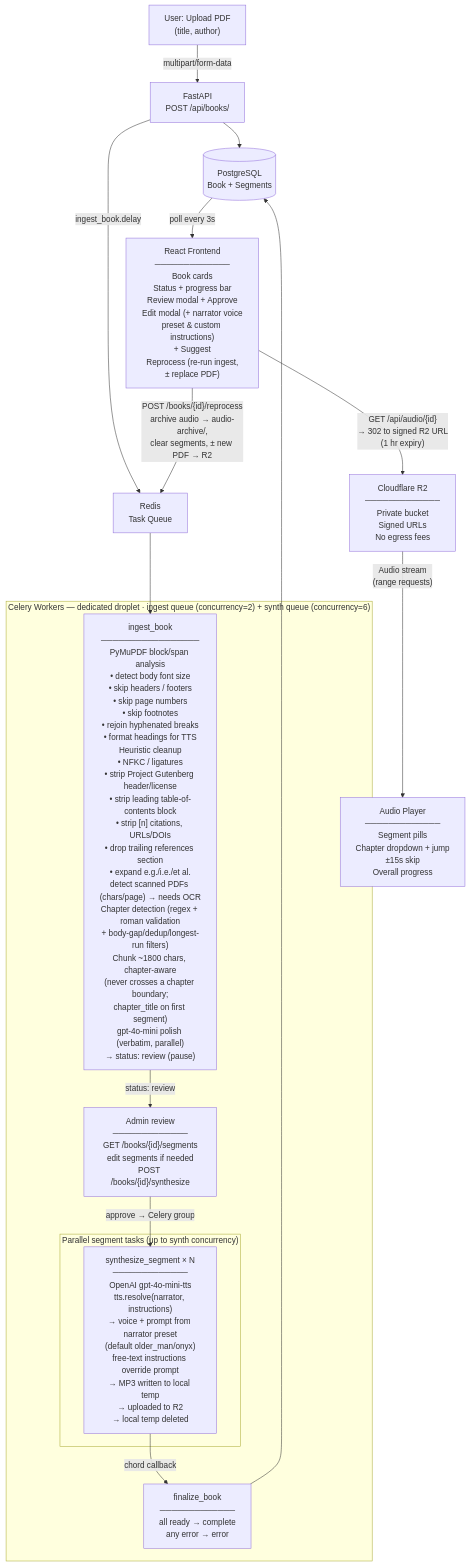
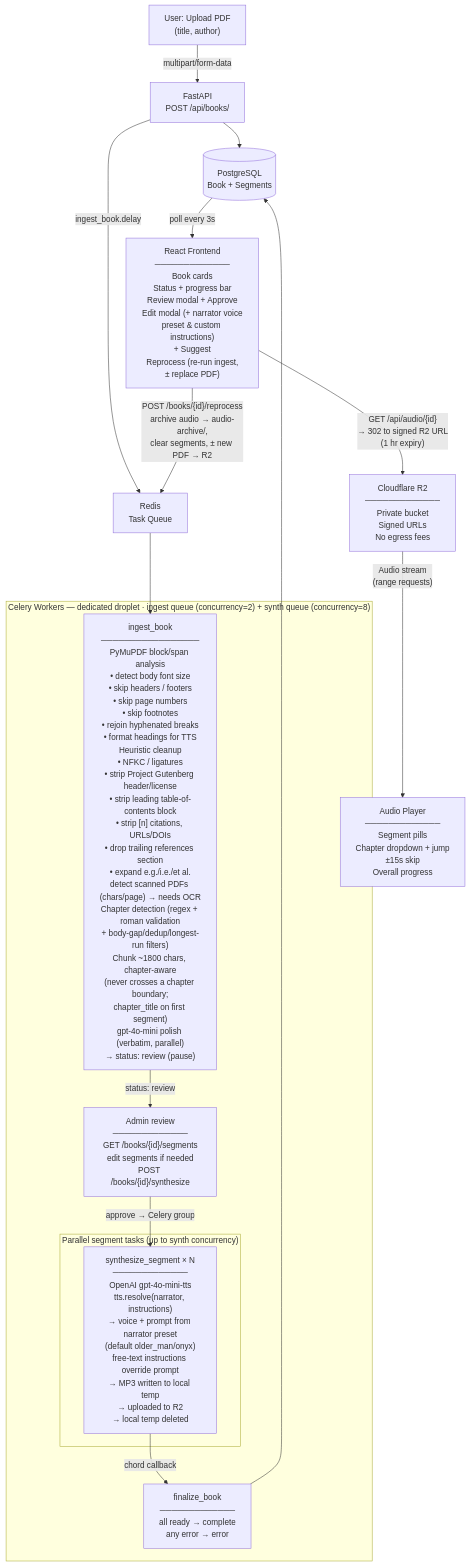
The diagram in PIPELINE.md (antispiraldev/AudioBookLib), drawn with Mermaid before and after one commit. The commit also changed 3 other files, not shown here.

First line of the commit message:
perf: raise synth concurrency 6->8 for approval backlog

````diff
--- a/PIPELINE.md
+++ b/PIPELINE.md
@@ -3,37 +3,37 @@
 ```mermaid
 flowchart TD
     Upload["User: Upload PDF\n(title, author)"]
     API["FastAPI\nPOST /api/books/"]
     DB[("PostgreSQL\nBook + Segments")]
     Queue["Redis\nTask Queue"]
 
     Upload -->|multipart/form-data| API
     API --> DB
     API -->|ingest_book.delay| Queue
 
     Queue --> Ingest
 
-    subgraph Worker ["Celery Workers — dedicated droplet · ingest queue (concurrency=2) + synth queue (concurrency=6)"]
+    subgraph Worker ["Celery Workers — dedicated droplet · ingest queue (concurrency=2) + synth queue (concurrency=8)"]
         Ingest["ingest_book\n─────────────────\nPyMuPDF block/span analysis\n• detect body font size\n• skip headers / footers\n• skip page numbers\n• skip footnotes\n• rejoin hyphenated breaks\n• format headings for TTS\nHeuristic cleanup\n• NFKC / ligatures\n• strip Project Gutenberg header/license\n• strip leading table-of-contents block\n• strip [n] citations, URLs/DOIs\n• drop trailing references section\n• expand e.g./i.e./et al.\ndetect scanned PDFs (chars/page) → needs OCR\nChapter detection (regex + roman validation\n+ body-gap/dedup/longest-run filters)\nChunk ~1800 chars, chapter-aware\n(never crosses a chapter boundary;\nchapter_title on first segment)\ngpt-4o-mini polish (verbatim, parallel)\n→ status: review (pause)"]
 
         Review["Admin review\n─────────────\nGET /books/{id}/segments\nedit segments if needed\nPOST /books/{id}/synthesize"]
         Ingest -->|"status: review"| Review
         Review -->|"approve → Celery group"| Synth
 
         subgraph Parallel ["Parallel segment tasks (up to synth concurrency)"]
             Synth["synthesize_segment × N\n─────────────\nOpenAI gpt-4o-mini-tts\ntts.resolve(narrator, instructions)\n→ voice + prompt from narrator preset\n(default older_man/onyx)\nfree-text instructions override prompt\n→ MP3 written to local temp\n→ uploaded to R2\n→ local temp deleted"]
         end
 
         Synth -->|"chord callback"| Finalize
         Finalize["finalize_book\n─────────────\nall ready → complete\nany error  → error"]
     end
 
     Finalize --> DB
 
     DB -->|"poll every 3s"| Frontend
     Frontend["React Frontend\n─────────────\nBook cards\nStatus + progress bar\nReview modal + Approve\nEdit modal (+ narrator voice\npreset & custom instructions)\n+ Suggest\nReprocess (re-run ingest,\n± replace PDF)"]
     Frontend -->|"POST /books/{id}/reprocess\narchive audio → audio-archive/,\nclear segments, ± new PDF → R2"| Queue
     Frontend -->|"GET /api/audio/{id}\n→ 302 to signed R2 URL\n(1 hr expiry)"| R2
     R2["Cloudflare R2\n─────────────\nPrivate bucket\nSigned URLs\nNo egress fees"]
     R2 -->|"Audio stream\n(range requests)"| Player["Audio Player\n─────────────\nSegment pills\nChapter dropdown + jump\n±15s skip\nOverall progress"]
 ```
````
